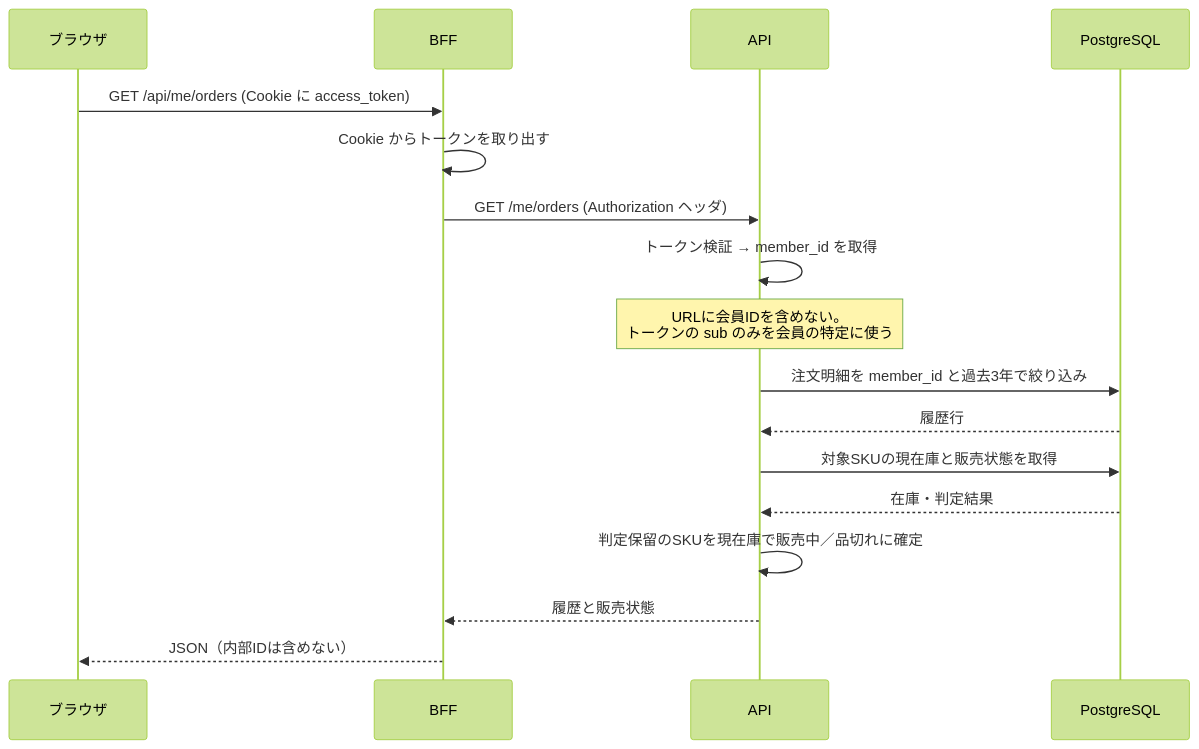
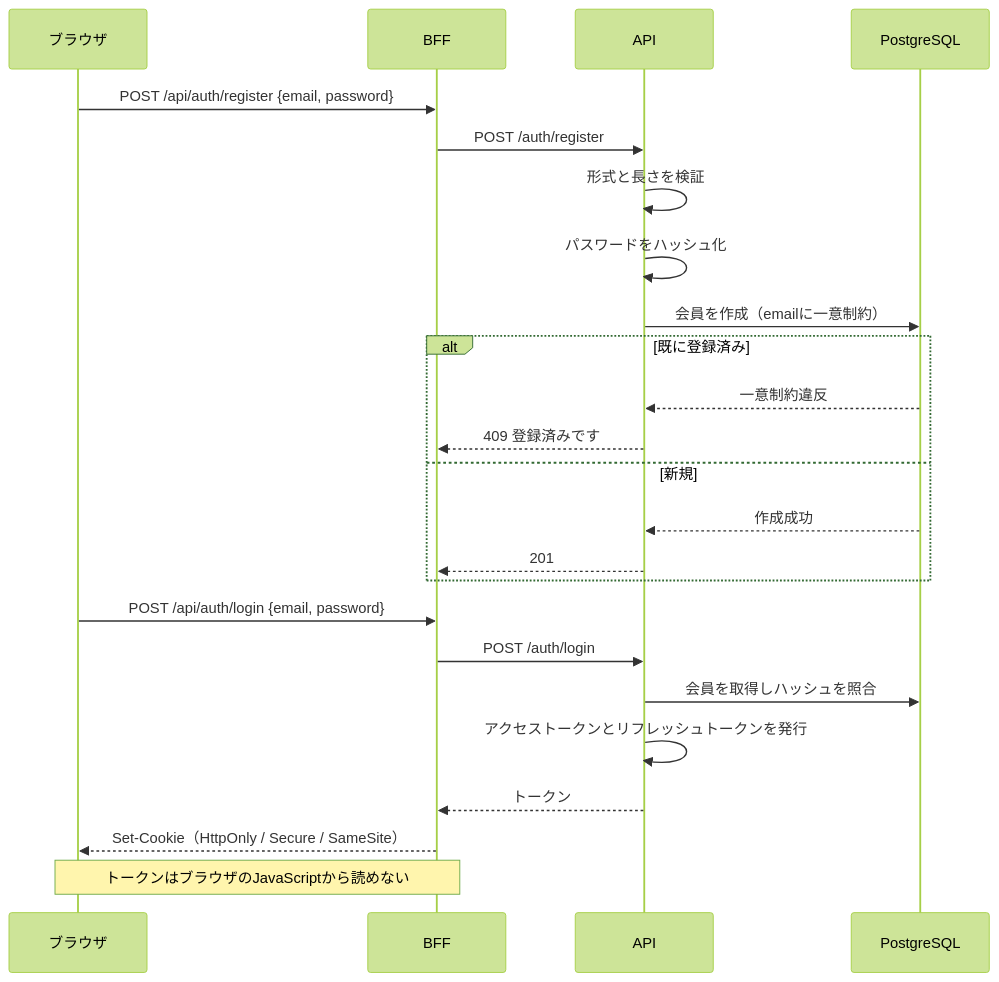
The fourth of 11 diagrams in 設計仕様書.md (Nagaoka122/tech0-lv3-ec), drawn with Mermaid (forest theme) before and after one commit. The commit also changed other lines of this file and 3 other files, not shown here.

````diff
--- a/設計仕様書.md
+++ b/設計仕様書.md
@@ -123,20 +141,27 @@
 ```mermaid
 sequenceDiagram
     participant B as ブラウザ
     participant F as BFF
     participant A as API
     participant D as PostgreSQL
 
-    B->>F: GET /api/me/orders (Cookie に access_token)
-    F->>F: Cookie からトークンを取り出す
-    F->>A: GET /me/orders (Authorization ヘッダ)
-    A->>A: トークン検証 → member_id を取得
-    Note over A: URLに会員IDを含めない。<br/>トークンの sub のみを会員の特定に使う
-    A->>D: 注文明細を member_id と過去3年で絞り込み
-    D-->>A: 履歴行
-    A->>D: 対象SKUの現在庫と販売状態を取得
-    D-->>A: 在庫・判定結果
-    A->>A: 判定保留のSKUを現在庫で販売中／品切れに確定
-    A-->>F: 履歴と販売状態
-    F-->>B: JSON（内部IDは含めない）
+    B->>F: POST /api/auth/register {email, password}
+    F->>A: POST /auth/register
+    A->>A: 形式と長さを検証
+    A->>A: パスワードをハッシュ化
+    A->>D: 会員を作成（emailに一意制約）
+    alt 既に登録済み
+        D-->>A: 一意制約違反
+        A-->>F: 409 登録済みです
+    else 新規
+        D-->>A: 作成成功
+        A-->>F: 201
+    end
+    B->>F: POST /api/auth/login {email, password}
+    F->>A: POST /auth/login
+    A->>D: 会員を取得しハッシュを照合
+    A->>A: アクセストークンとリフレッシュトークンを発行
+    A-->>F: トークン
+    F-->>B: Set-Cookie（HttpOnly / Secure / SameSite）
+    Note over F,B: トークンはブラウザのJavaScriptから読めない
 ```
````
